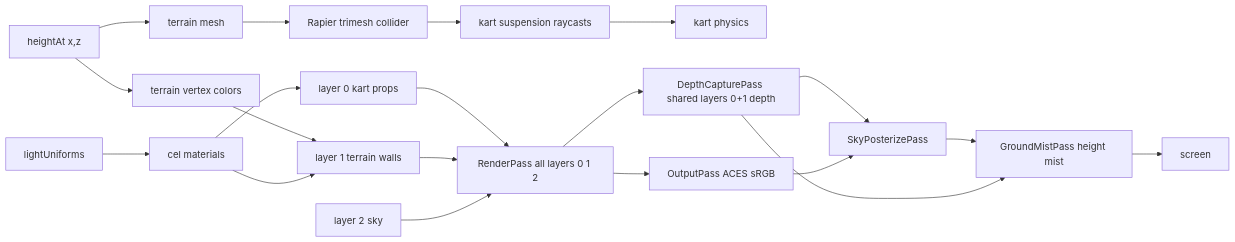
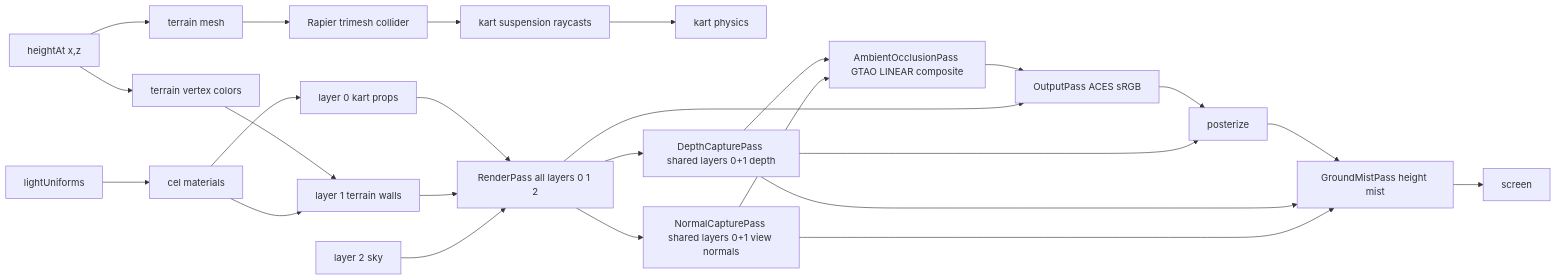
One commit to jjgroenendijk/cart-game changed the diagram in docs/knowledge/data-flows/render-pipeline.md. Above: the diagram before and after it, drawn with Mermaid. The commit also changed other lines of this file and 19 other files, not shown here.

First line of the commit message:
feat(render): ambient occlusion (GTAO) contact shading (#235) (#275)

````diff
--- a/docs/knowledge/data-flows/render-pipeline.md
+++ b/docs/knowledge/data-flows/render-pipeline.md
@@ -11,22 +11,27 @@
 ```mermaid
 flowchart LR
   height[heightAt x,z] --> mesh[terrain mesh]
   height --> color[terrain vertex colors]
   mesh --> collider[Rapier trimesh collider]
   collider --> suspension[kart suspension raycasts]
   suspension --> kart[kart physics]
   color --> layer1[layer 1 terrain walls]
   light[lightUniforms] --> cel[cel materials]
   cel --> layer0[layer 0 kart props]
   cel --> layer1
   layer0 --> renderPass[RenderPass all layers 0 1 2]
   layer1 --> renderPass
   sky[layer 2 sky] --> renderPass
   renderPass --> depthCapture[DepthCapturePass shared layers 0+1 depth]
-  renderPass --> output[OutputPass ACES sRGB]
+  renderPass --> normalCapture[NormalCapturePass shared layers 0+1 view normals]
+  depthCapture --> ao[AmbientOcclusionPass GTAO LINEAR composite]
+  normalCapture --> ao
+  ao --> output[OutputPass ACES sRGB]
+  renderPass --> output
+  output --> posterize
   depthCapture --> posterize
-  output --> posterize[SkyPosterizePass]
   posterize --> mist[GroundMistPass height mist]
   depthCapture --> mist
+  normalCapture --> mist
   mist --> screen[screen]
 ```
````
